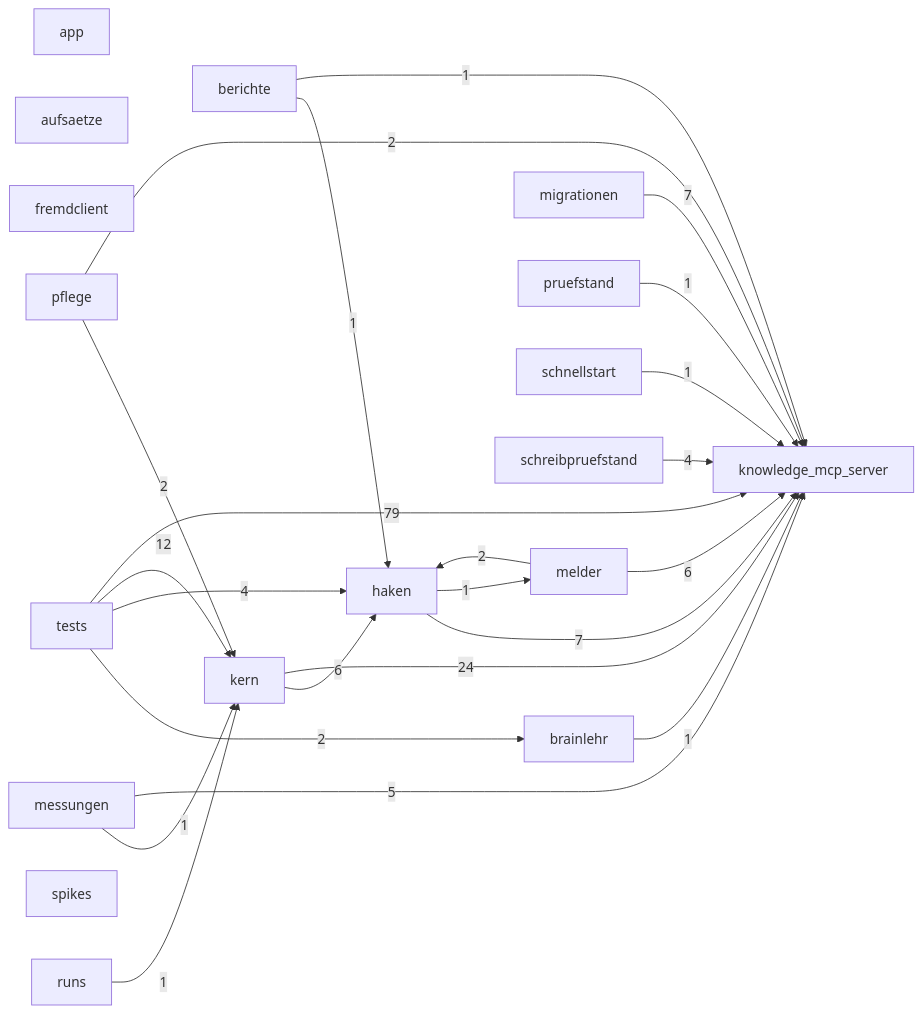
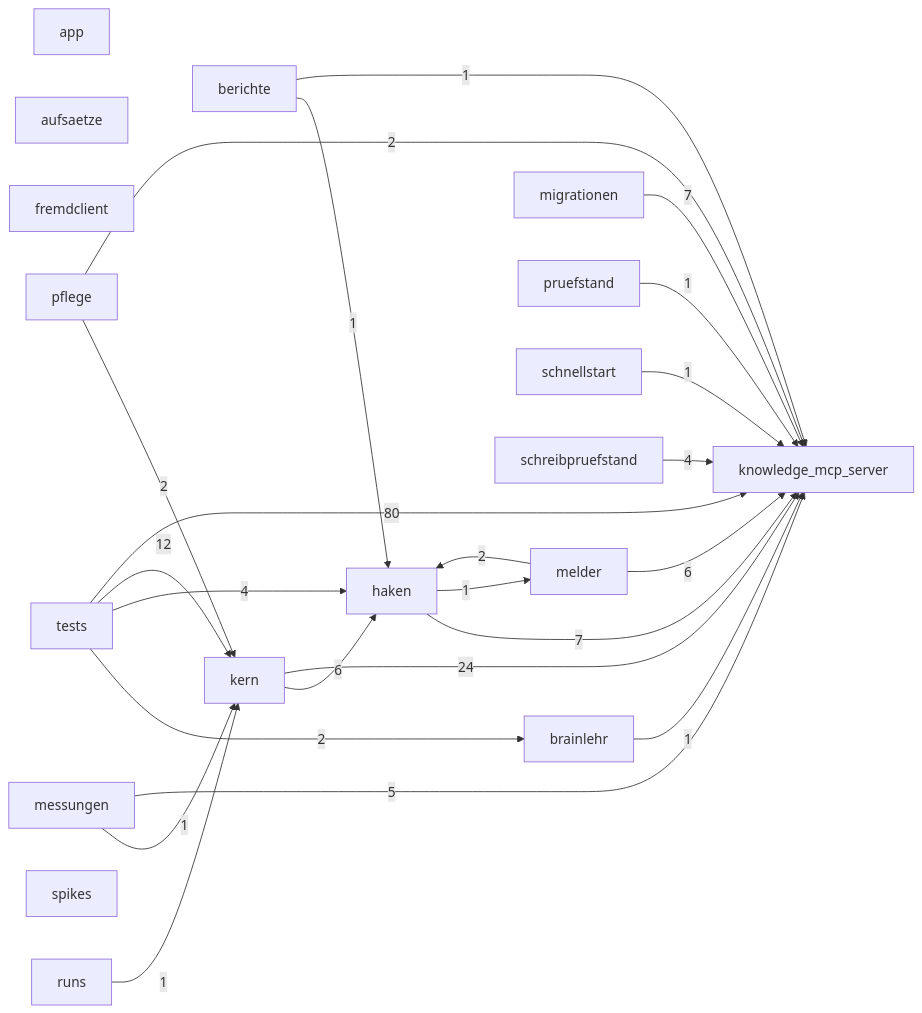
One commit to 3lehr/brainlehr changed the diagram in docs/karten/code-brainlehr.md. Above: the diagram before and after it, drawn with Mermaid. The commit also changed 9 other files, not shown here.

````diff
--- a/docs/karten/code-brainlehr.md
+++ b/docs/karten/code-brainlehr.md
@@ -5,43 +5,43 @@
 ```mermaid
 graph LR
   app["app"]
   aufsaetze["aufsaetze"]
   berichte["berichte"]
   brainlehr["brainlehr"]
   fremdclient["fremdclient"]
   haken["haken"]
   kern["kern"]
   knowledge_mcp_server["knowledge_mcp_server"]
   melder["melder"]
   messungen["messungen"]
   migrationen["migrationen"]
   pflege["pflege"]
   pruefstand["pruefstand"]
   runs["runs"]
   schnellstart["schnellstart"]
   schreibpruefstand["schreibpruefstand"]
   spikes["spikes"]
   tests["tests"]
   berichte -->|1| haken
   berichte -->|1| knowledge_mcp_server
   brainlehr -->|1| knowledge_mcp_server
   haken -->|7| knowledge_mcp_server
   haken -->|1| melder
   kern -->|6| haken
   kern -->|24| knowledge_mcp_server
   melder -->|2| haken
   melder -->|6| knowledge_mcp_server
   messungen -->|1| kern
   messungen -->|5| knowledge_mcp_server
   migrationen -->|7| knowledge_mcp_server
   pflege -->|2| kern
   pflege -->|2| knowledge_mcp_server
   pruefstand -->|1| knowledge_mcp_server
   runs -->|1| kern
   schnellstart -->|1| knowledge_mcp_server
   schreibpruefstand -->|4| knowledge_mcp_server
   tests -->|2| brainlehr
   tests -->|4| haken
   tests -->|12| kern
-  tests -->|79| knowledge_mcp_server
+  tests -->|80| knowledge_mcp_server
 ```
````
